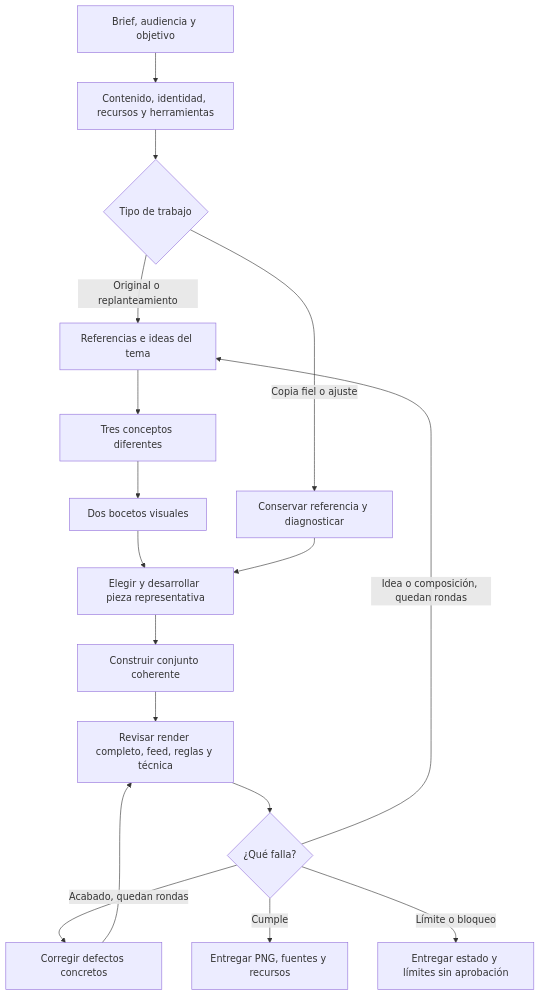
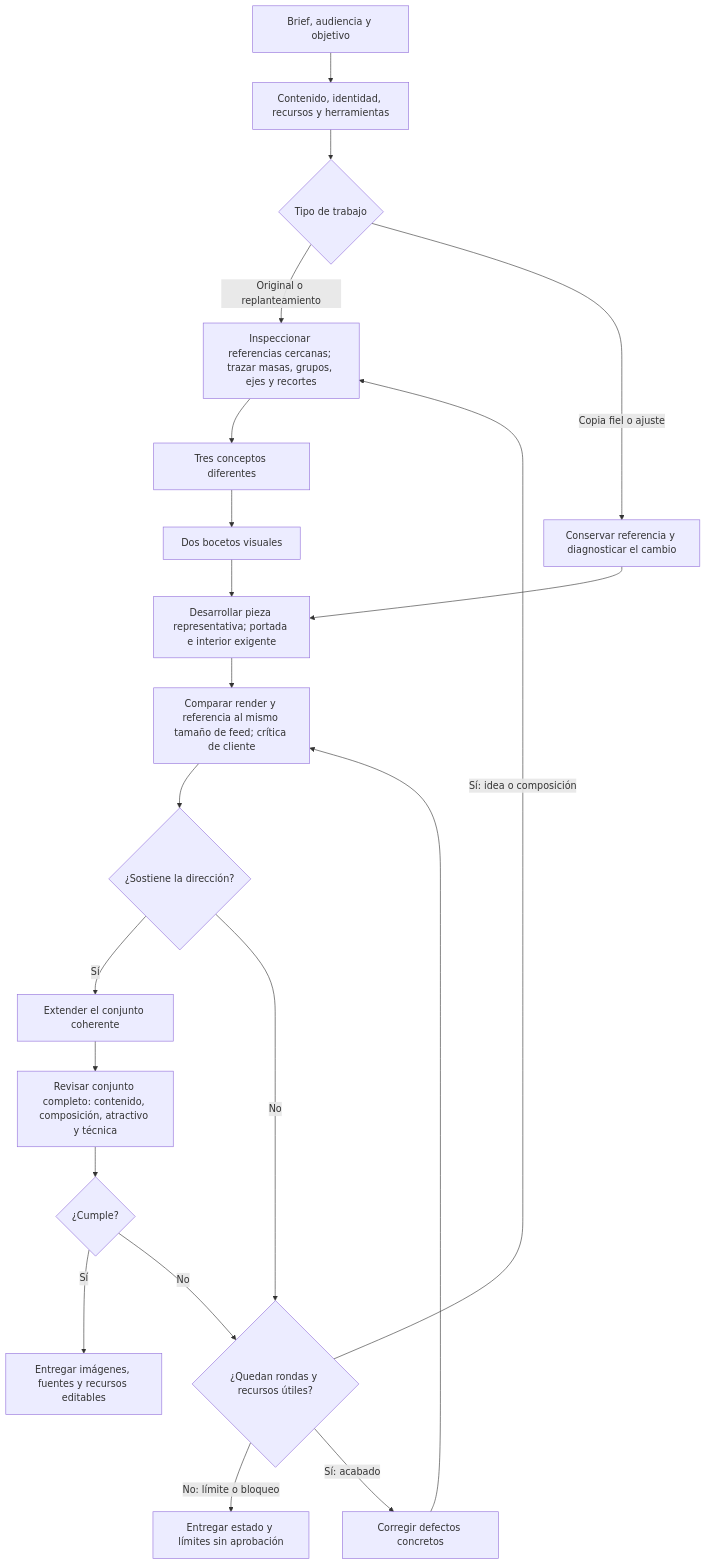
Before and after one commit to jdann1el/cropmark: the diagram in docs/visuals/creative-flow.mmd, drawn with Mermaid. The commit also changed 12 other files, not shown here.

```diff
--- a/docs/visuals/creative-flow.mmd
+++ b/docs/visuals/creative-flow.mmd
@@ -1,17 +1,23 @@
 flowchart TD
  A["Brief, audiencia y objetivo"] --> B["Contenido, identidad, recursos y herramientas"]
  B --> C{"Tipo de trabajo"}
- C -->|Original o replanteamiento| D["Referencias e ideas del tema"]
+ C -->|Original o replanteamiento| D["Inspeccionar referencias cercanas; trazar masas, grupos, ejes y recortes"]
  D --> E["Tres conceptos diferentes"]
  E --> F["Dos bocetos visuales"]
- F --> G["Elegir y desarrollar pieza representativa"]
- C -->|Copia fiel o ajuste| H["Conservar referencia y diagnosticar"]
+ F --> G["Desarrollar pieza representativa; portada e interior exigente"]
+ C -->|Copia fiel o ajuste| H["Conservar referencia y diagnosticar el cambio"]
  H --> G
- G --> I["Construir conjunto coherente"]
- I --> J["Revisar render completo, feed, reglas y técnica"]
- J --> K{"¿Qué falla?"}
- K -->|Idea o composición, quedan rondas| D
- K -->|Acabado, quedan rondas| L["Corregir defectos concretos"]
- L --> J
- K -->|Cumple| M["Entregar PNG, fuentes y recursos"]
- K -->|Límite o bloqueo| N["Entregar estado y límites sin aprobación"]
+ G --> R["Comparar render y referencia al mismo tamaño de feed; crítica de cliente"]
+ R --> Q{"¿Sostiene la dirección?"}
+ Q -->|Sí| I["Extender el conjunto coherente"]
+ I --> J["Revisar conjunto completo: contenido, composición, atractivo y técnica"]
+ J --> K{"¿Cumple?"}
+ K -->|Sí| M["Entregar imágenes, fuentes y recursos editables"]
+ Q -->|No| T{"¿Quedan rondas y recursos útiles?"}
+ K -->|No| T
+ T -->|No: límite o bloqueo| N["Entregar estado y límites sin aprobación"]
+ T -->|Sí: idea o composición| D
+ T -->|Sí: acabado| L["Corregir defectos concretos"]
+ L --> R
+ %% Máximo tres rondas tras la primera propuesta; cambiar de concepto consume una.
+ %% Crítica fresca sin justificación del autor si hay delegación nativa autorizada; si no, revisión propia declarada.
```
